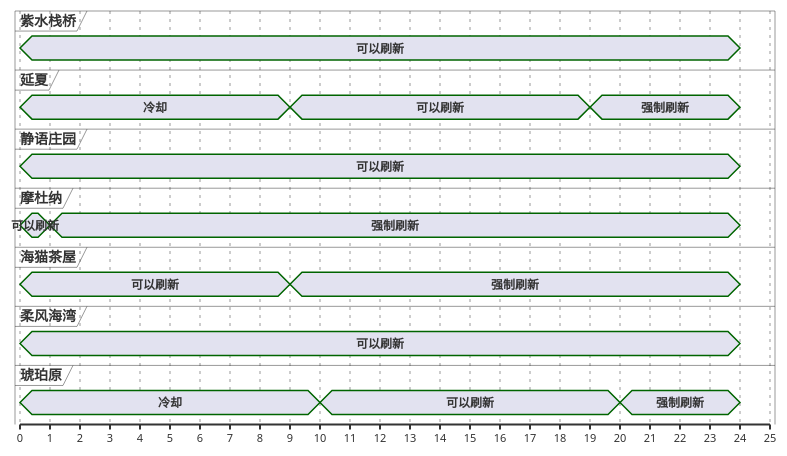
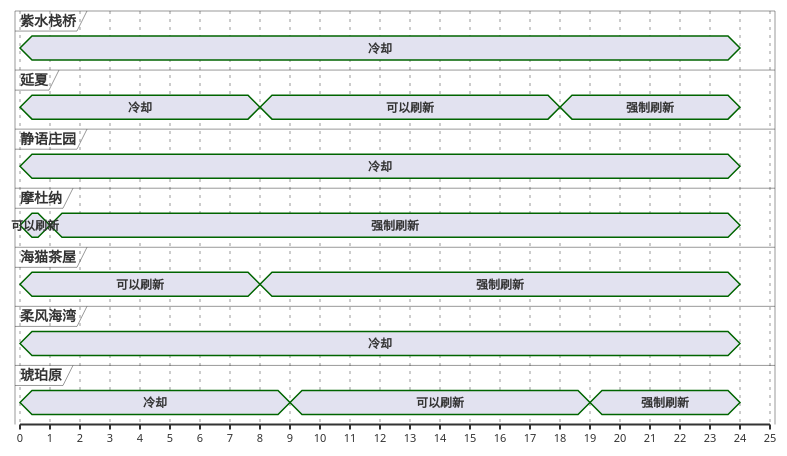
The third of 13 diagrams in ffxiv/hunt/2.0/Nunyunuwi.md (Eroleice/doc-pi), drawn with PlantUML before and after one commit. The commit also changed other lines of this file and 38 other files, not shown here.

````diff
--- a/ffxiv/hunt/2.0/Nunyunuwi.md
+++ b/ffxiv/hunt/2.0/Nunyunuwi.md
@@ -145,51 +139,48 @@
 ```plantuml
 @startuml
 scale 1 as 30 pixels
 
 concise 紫水栈桥
 concise 延夏
 concise 静语庄园
 concise 摩杜纳
 concise 海猫茶屋
 concise 柔风海湾
 concise 琥珀原
 
-@紫水栈桥
-0 is 可以刷新
-0 is 强制刷新
-24 is {hidden}
-
-@静语庄园
-0 is 可以刷新
-0 is 强制刷新
-24 is {hidden}
-
-@柔风海湾
-0 is 可以刷新
-0 is 强制刷新
-24 is {hidden}
-
 @摩杜纳
 0 is 可以刷新
 1 is 强制刷新
 24 is {hidden}
 
 @海猫茶屋
 0 is 可以刷新
-9 is 强制刷新
+8 is 强制刷新
 24 is {hidden}
 
 @延夏
+0 is 冷却
+8 is 可以刷新
+18 is 强制刷新
+24 is {hidden}
+
+@琥珀原
 0 is 冷却
 9 is 可以刷新
 19 is 强制刷新
 24 is {hidden}
 
-@琥珀原
+@紫水栈桥
 0 is 冷却
-10 is 可以刷新
-20 is 强制刷新
+24 is {hidden}
+
+@静语庄园
+0 is 冷却
+24 is {hidden}
+
+@柔风海湾
+0 is 冷却
 24 is {hidden}
 
 @enduml
 ```
````
